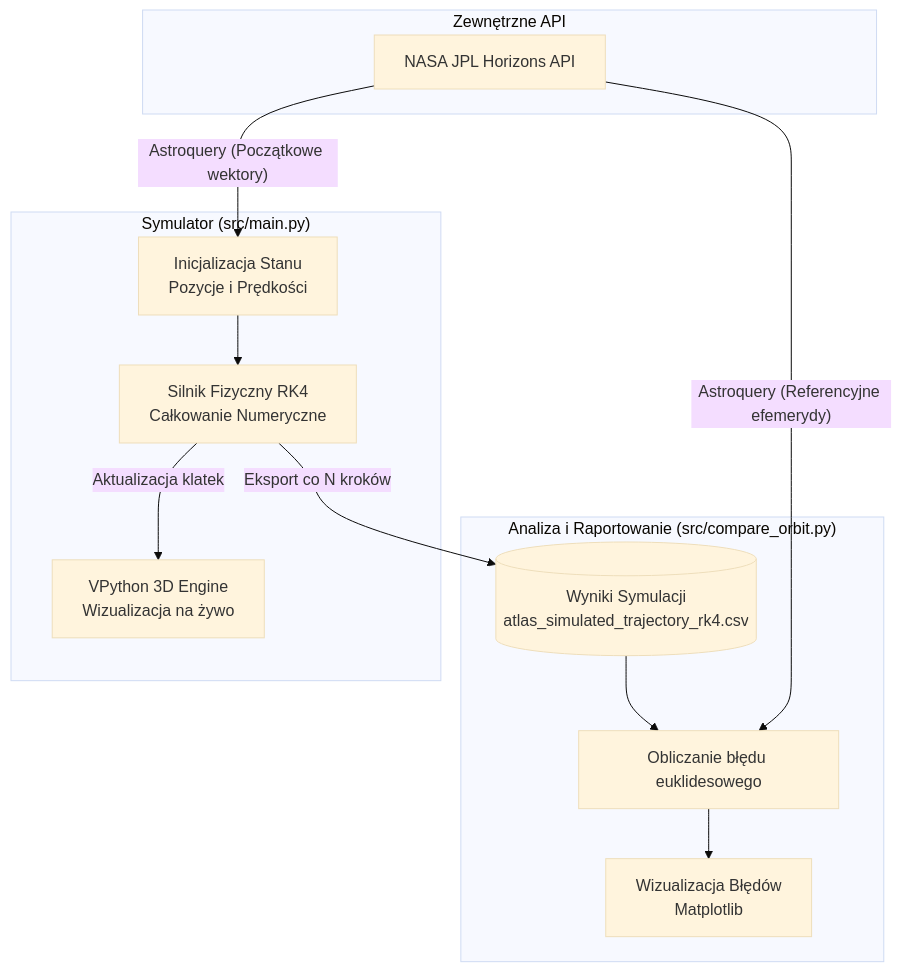
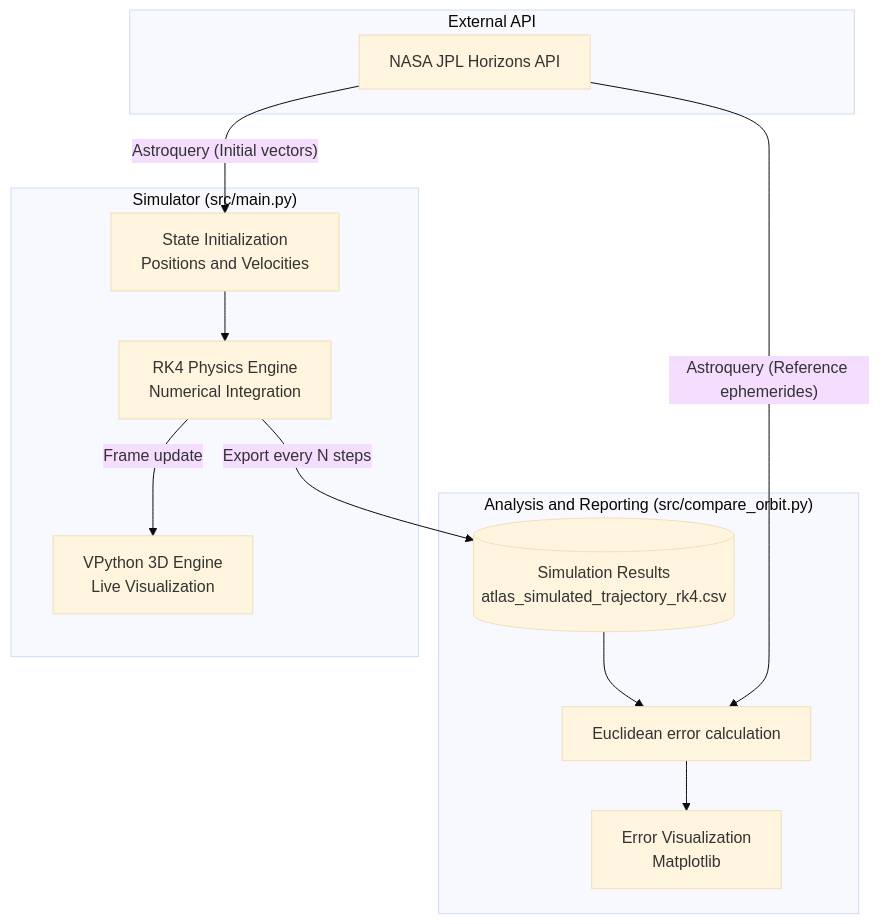
Before and after one commit to Renarrii/CelestialOrbSim3D: the diagram in README.md, drawn with Mermaid (base theme). The commit also changed other lines of this file, not shown here.

````diff
--- a/README.md
+++ b/README.md
@@ -15,27 +15,27 @@
 ```mermaid
 graph TD
-    subgraph API ["Zewnętrzne API"]
+    subgraph API ["External API"]
         JPL[NASA JPL Horizons API]
     end
 
-    subgraph Symulator ["Symulator (src/main.py)"]
-        INIT[Inicjalizacja Stanu<br/>Pozycje i Prędkości]
-        RK4[Silnik Fizyczny RK4<br/>Całkowanie Numeryczne]
-        3D[VPython 3D Engine<br/>Wizualizacja na żywo]
+    subgraph Simulator ["Simulator (src/main.py)"]
+        INIT[State Initialization<br/>Positions and Velocities]
+        RK4[RK4 Physics Engine<br/>Numerical Integration]
+        3D[VPython 3D Engine<br/>Live Visualization]
     end
 
-    subgraph Analiza ["Analiza i Raportowanie (src/compare_orbit.py)"]
-        CSV[(Wyniki Symulacji<br/>atlas_simulated_trajectory_rk4.csv)]
-        ERR[Obliczanie błędu euklidesowego]
-        PLT[Wizualizacja Błędów<br/>Matplotlib]
+    subgraph Analysis ["Analysis and Reporting (src/compare_orbit.py)"]
+        CSV[(Simulation Results<br/>atlas_simulated_trajectory_rk4.csv)]
+        ERR[Euclidean error calculation]
+        PLT[Error Visualization<br/>Matplotlib]
     end
 
-    JPL -- "Astroquery (Początkowe wektory)" --> INIT
+    JPL -- "Astroquery (Initial vectors)" --> INIT
     INIT --> RK4
-    RK4 -- "Aktualizacja klatek" --> 3D
-    RK4 -- "Eksport co N kroków" --> CSV
+    RK4 -- "Frame update" --> 3D
+    RK4 -- "Export every N steps" --> CSV
     
     CSV --> ERR
-    JPL -- "Astroquery (Referencyjne efemerydy)" --> ERR
+    JPL -- "Astroquery (Reference ephemerides)" --> ERR
     ERR --> PLT
 ```
````
